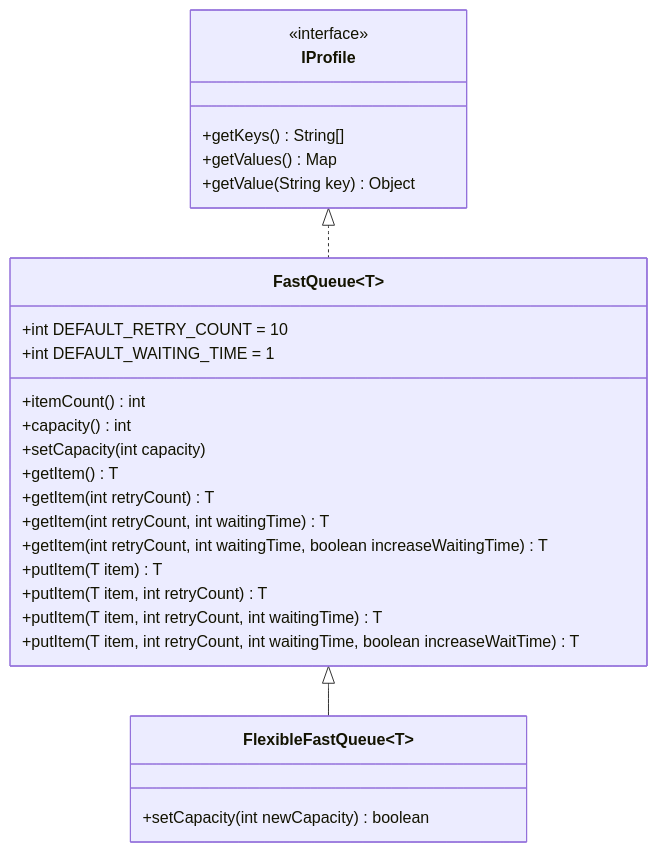
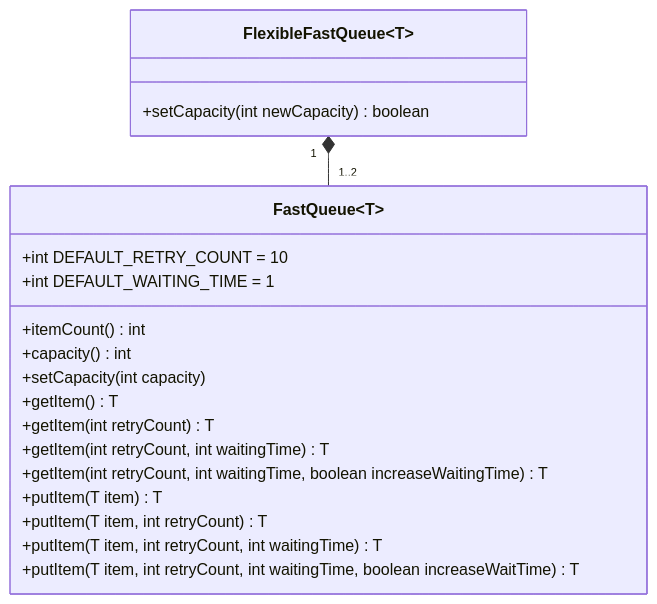
Before and after one commit to Inactionware/uapi.doc: the second of 3 diagrams in design/hd/Thread Pool Based Behavior Execution.md, drawn with Mermaid. The commit also changed other lines of this file and 1 other file, not shown here.

Commit message:
Add new module to provide queue service for UTM supporting

````diff
--- a/design/hd/Thread Pool Based Behavior Execution.md
+++ b/design/hd/Thread Pool Based Behavior Execution.md
@@ -91,32 +91,24 @@
 ```mermaid
 classDiagram
-
-class IProfile {
-	<<interface>>
-	+getKeys() String[]
-	+getValues() Map
-	+getValue(String key) Object
-}
 
 class FastQueue~T~ {
 	+int DEFAULT_RETRY_COUNT = 10
 	+int DEFAULT_WAITING_TIME = 1
 	+itemCount() int
 	+capacity() int
 	+setCapacity(int capacity)
 	+getItem() T
 	+getItem(int retryCount) T
 	+getItem(int retryCount, int waitingTime) T
 	+getItem(int retryCount, int waitingTime, boolean increaseWaitingTime) T
 	+putItem(T item) T
 	+putItem(T item, int retryCount) T
 	+putItem(T item, int retryCount, int waitingTime) T
 	+putItem(T item, int retryCount, int waitingTime, boolean increaseWaitTime) T
 }
-IProfile <|.. FastQueue
 
 class FlexibleFastQueue~T~ {
 	+setCapacity(int newCapacity) boolean
 }
-FastQueue <|-- FlexibleFastQueue
+FlexibleFastQueue "1" *-- "1..2" FastQueue
 ```
````
